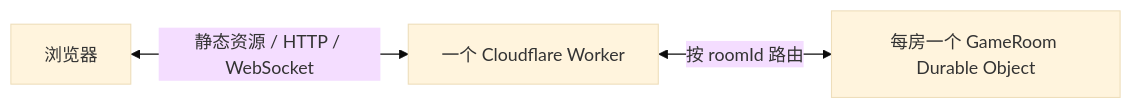
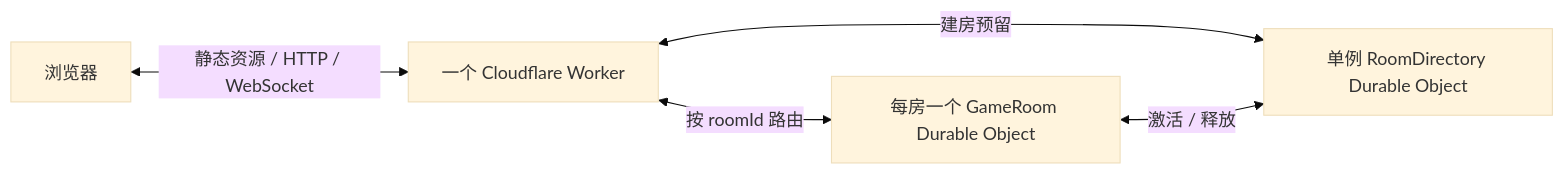
Before and after one commit to Helloworld2345567/game-play-web: the diagram in docs/GOMOKU_PLATFORM_PLAN.md, drawn with Mermaid (base theme). The commit also changed other lines of this file and 8 other files, not shown here.

````diff
--- a/docs/GOMOKU_PLATFORM_PLAN.md
+++ b/docs/GOMOKU_PLATFORM_PLAN.md
@@ -10,5 +10,7 @@
 ```mermaid
 flowchart LR
     B[浏览器] <-->|静态资源 / HTTP / WebSocket| W[一个 Cloudflare Worker]
     W <-->|按 roomId 路由| R[每房一个 GameRoom Durable Object]
+    W <-->|建房预留| D[单例 RoomDirectory Durable Object]
+    R <-->|激活 / 释放| D
 ```
````
